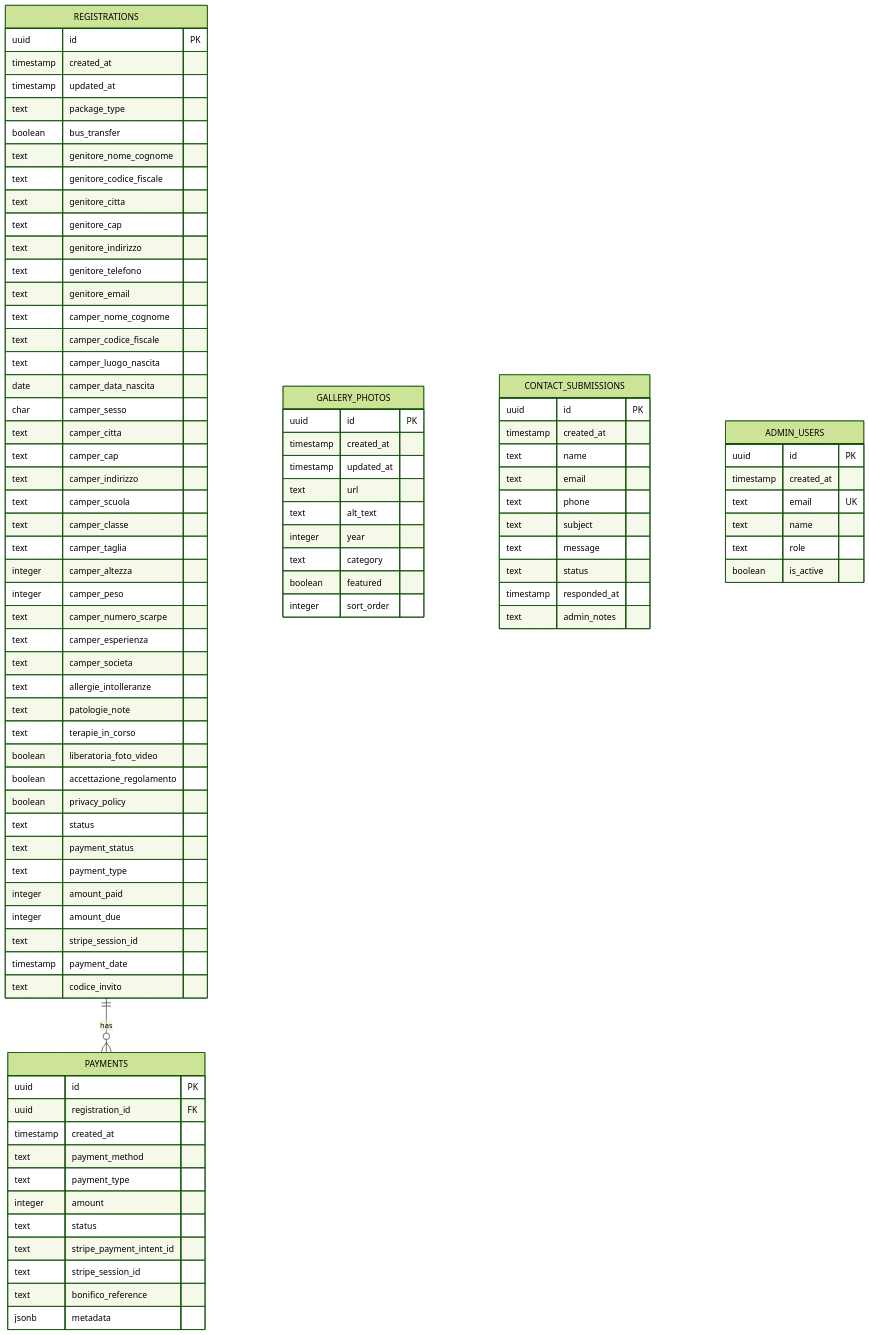
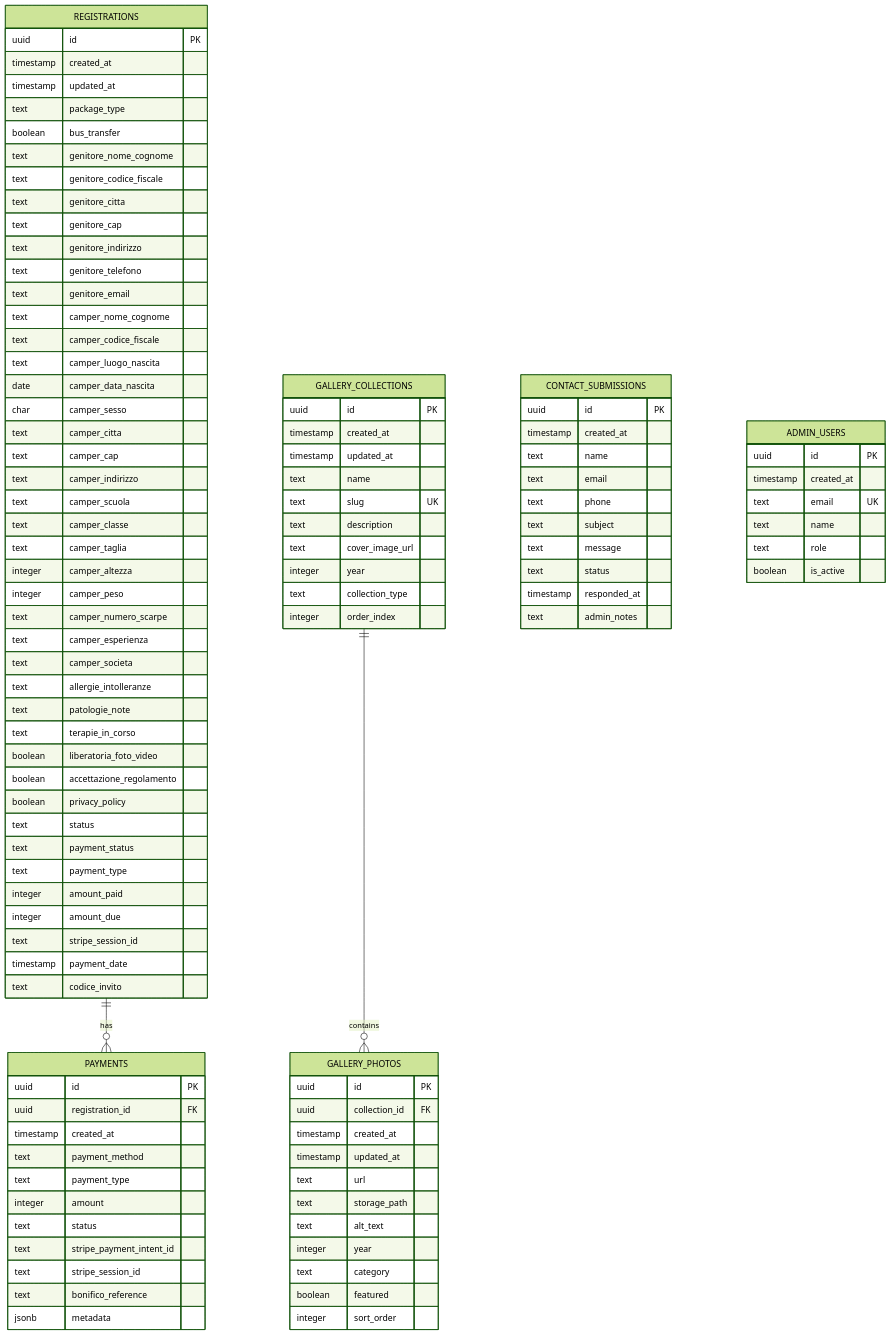
Before and after one commit to fernando234234/mini-and-basket: the first of 2 diagrams in docs/DATABASE_DESIGN.md, drawn with Mermaid (forest theme). The commit also changed other lines of this file and 4 other files, not shown here.

````diff
--- a/docs/DATABASE_DESIGN.md
+++ b/docs/DATABASE_DESIGN.md
@@ -104,11 +104,26 @@
         jsonb metadata
     }
 
-    GALLERY_PHOTOS {
+    GALLERY_COLLECTIONS {
         uuid id PK
         timestamp created_at
         timestamp updated_at
+        text name
+        text slug UK
+        text description
+        text cover_image_url
+        integer year
+        text collection_type
+        integer order_index
+    }
+
+    GALLERY_PHOTOS {
+        uuid id PK
+        uuid collection_id FK
+        timestamp created_at
+        timestamp updated_at
         text url
+        text storage_path
         text alt_text
         integer year
         text category
@@ -139,4 +154,5 @@
     }
 
     REGISTRATIONS ||--o{ PAYMENTS : has
+    GALLERY_COLLECTIONS ||--o{ GALLERY_PHOTOS : contains
 ```
````
